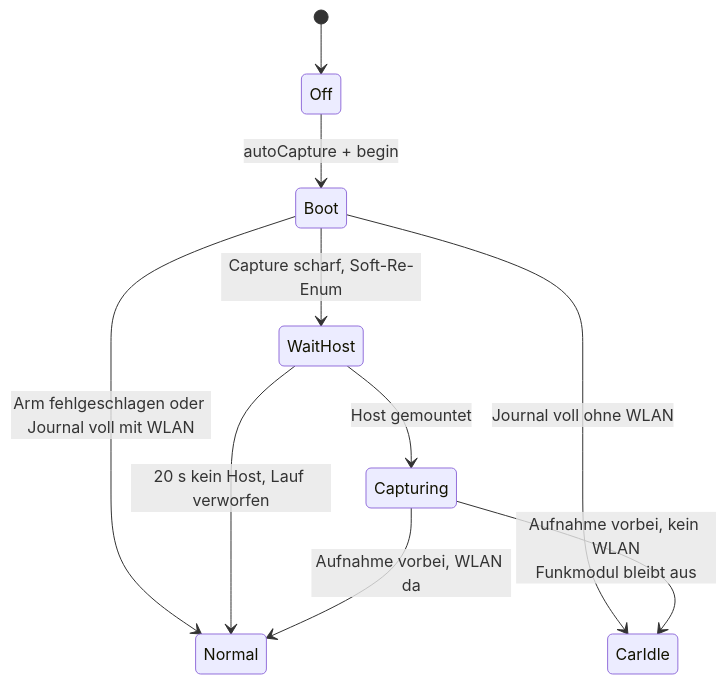
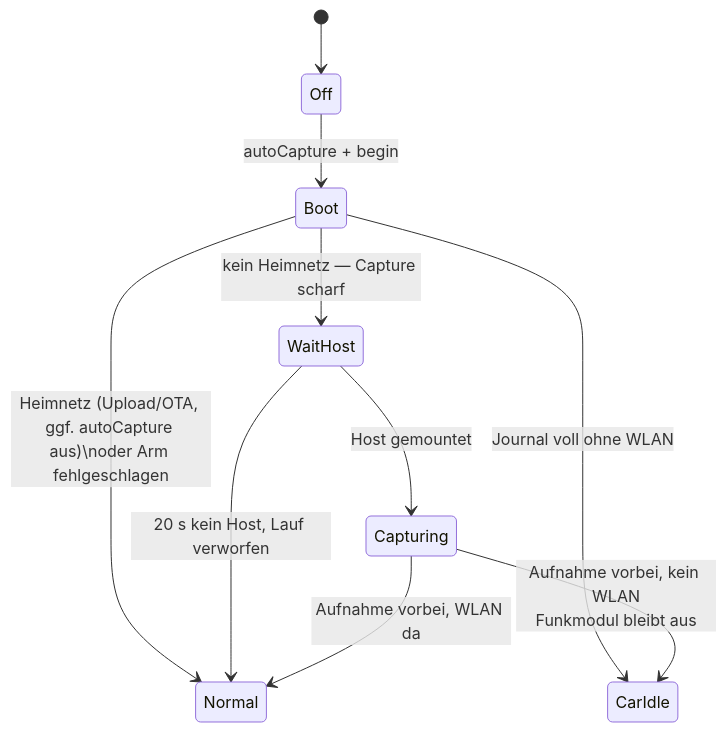
One commit to MPunktBPunkt/hu-probe changed the sixth of 9 diagrams in docs/FIRMWARE-ABLAUF.md. Above: the diagram before and after it, drawn with Mermaid. The commit also changed other lines of this file and 36 other files, not shown here.

First line of the commit message:
Add Heimfahrt Gesamtbericht, one-shot autoCapture clear (0.3.19).

````diff
--- a/docs/FIRMWARE-ABLAUF.md
+++ b/docs/FIRMWARE-ABLAUF.md
@@ -150,12 +150,12 @@
 ```mermaid
 stateDiagram-v2
     [*] --> Off
     Off --> Boot: autoCapture + begin
-    Boot --> WaitHost: Capture scharf, Soft-Re-Enum
-    Boot --> Normal: Arm fehlgeschlagen oder Journal voll mit WLAN
+    Boot --> WaitHost: kein Heimnetz — Capture scharf
+    Boot --> Normal: Heimnetz (Upload/OTA, ggf. autoCapture aus)\noder Arm fehlgeschlagen
     Boot --> CarIdle: Journal voll ohne WLAN
     WaitHost --> Capturing: Host gemountet
     WaitHost --> Normal: 20 s kein Host, Lauf verworfen
     Capturing --> Normal: Aufnahme vorbei, WLAN da
     Capturing --> CarIdle: Aufnahme vorbei, kein WLAN<br/>Funkmodul bleibt aus
 ```
````
